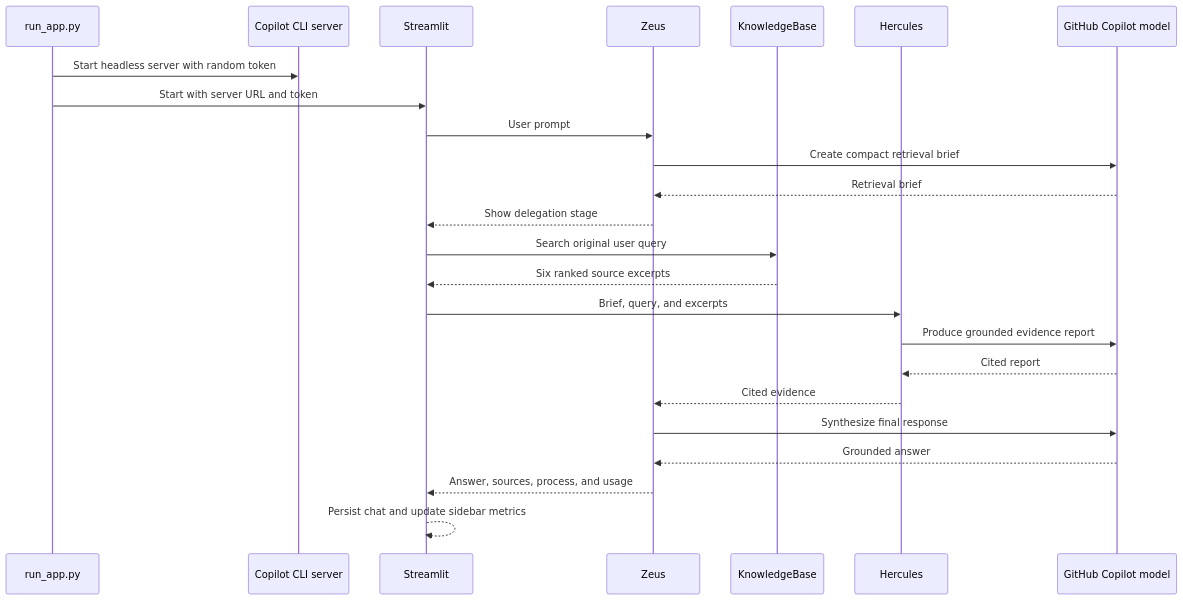
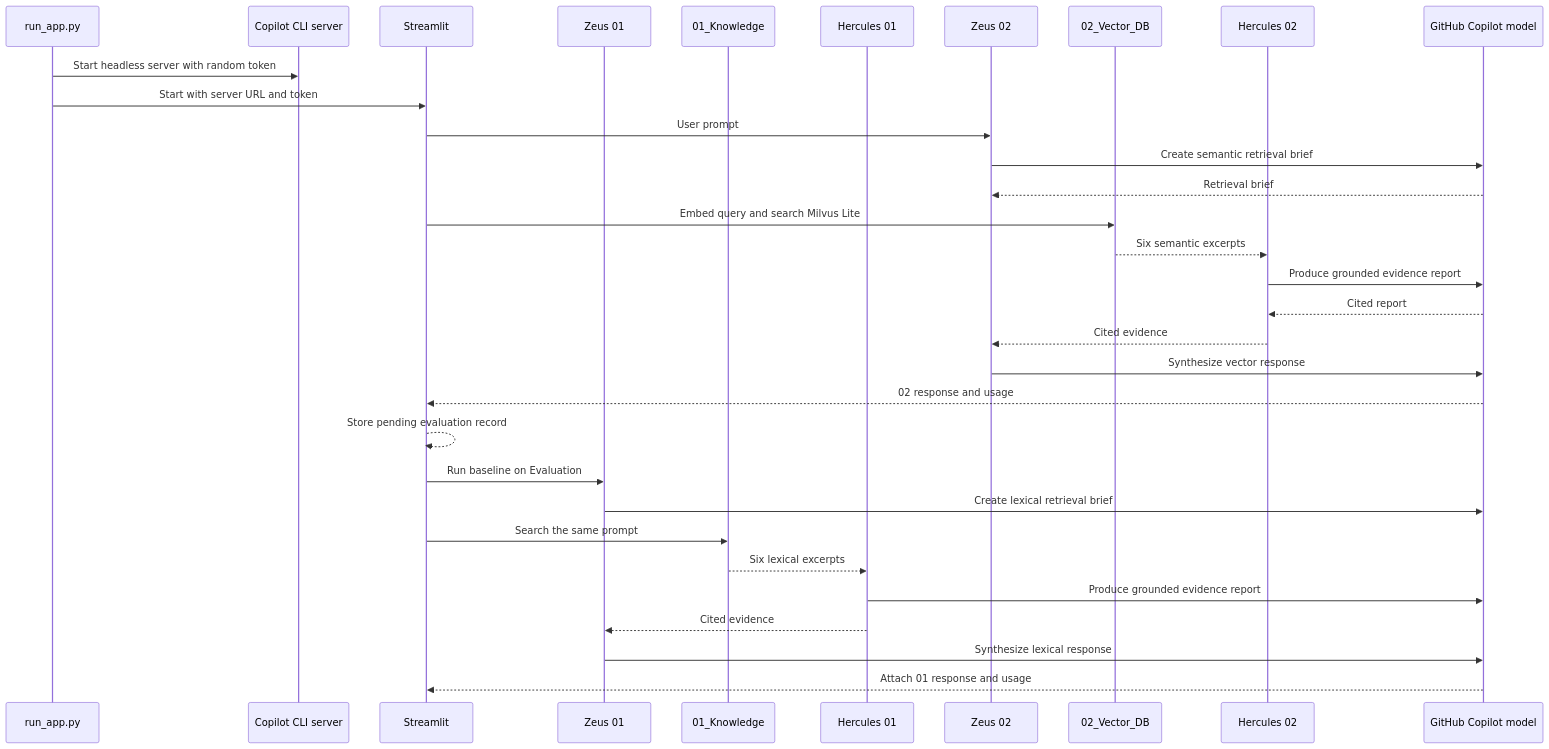
The second of 2 diagrams in README.md (vsayala/agentic_ai_olympus), drawn with Mermaid before and after one commit. The commit also changed other lines of this file and 35 other files, not shown here.

````diff
--- a/README.md
+++ b/README.md
@@ -52,27 +112,35 @@
 ```mermaid
 sequenceDiagram
    participant Launcher as run_app.py
    participant CLI as Copilot CLI server
    participant UI as Streamlit
-   participant Zeus
-   participant KB as KnowledgeBase
-   participant Hercules
+   participant KZ as Zeus 01
+   participant KB as 01_Knowledge
+   participant KH as Hercules 01
+   participant VZ as Zeus 02
+   participant VDB as 02_Vector_DB
+   participant VH as Hercules 02
    participant Model as GitHub Copilot model
 
    Launcher->>CLI: Start headless server with random token
    Launcher->>UI: Start with server URL and token
-   UI->>Zeus: User prompt
-   Zeus->>Model: Create compact retrieval brief
-   Model-->>Zeus: Retrieval brief
-   Zeus-->>UI: Show delegation stage
-   UI->>KB: Search original user query
-   KB-->>UI: Six ranked source excerpts
-   UI->>Hercules: Brief, query, and excerpts
-   Hercules->>Model: Produce grounded evidence report
-   Model-->>Hercules: Cited report
-   Hercules-->>Zeus: Cited evidence
-   Zeus->>Model: Synthesize final response
-   Model-->>Zeus: Grounded answer
-   Zeus-->>UI: Answer, sources, process, and usage
-   UI-->>UI: Persist chat and update sidebar metrics
+   UI->>VZ: User prompt
+   VZ->>Model: Create semantic retrieval brief
+   Model-->>VZ: Retrieval brief
+   UI->>VDB: Embed query and search Milvus Lite
+   VDB-->>VH: Six semantic excerpts
+   VH->>Model: Produce grounded evidence report
+   Model-->>VH: Cited report
+   VH-->>VZ: Cited evidence
+   VZ->>Model: Synthesize vector response
+   Model-->>UI: 02 response and usage
+   UI-->>UI: Store pending evaluation record
+   UI->>KZ: Run baseline on Evaluation
+   KZ->>Model: Create lexical retrieval brief
+   UI->>KB: Search the same prompt
+   KB-->>KH: Six lexical excerpts
+   KH->>Model: Produce grounded evidence report
+   KH-->>KZ: Cited evidence
+   KZ->>Model: Synthesize lexical response
+   Model-->>UI: Attach 01 response and usage
 ```
````
